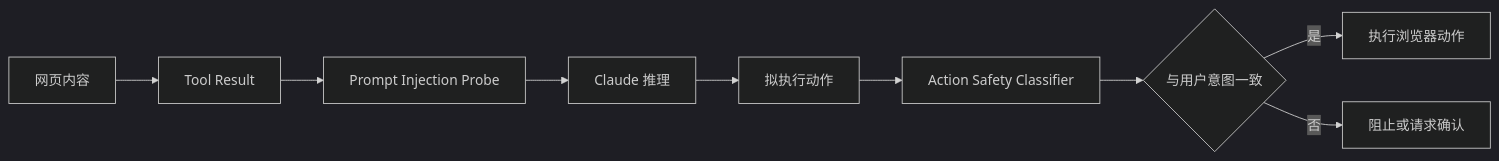
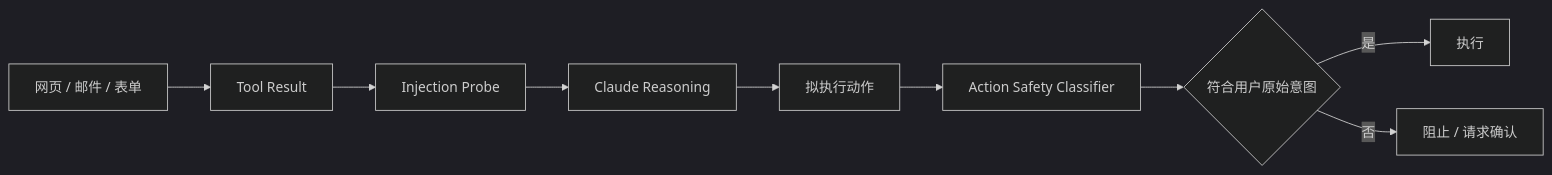
Before and after one commit to wlf186/ai-daily-headlines: the fifth of 22 diagrams in 260827.md, drawn with Mermaid (dark theme). The commit also changed other lines of this file, not shown here.

````diff
--- a/260827.md
+++ b/260827.md
@@ -122,11 +188,11 @@
 ```mermaid
 flowchart LR
-    B1[网页内容] --> B2[Tool Result]
-    B2 --> B3[Prompt Injection Probe]
-    B3 --> B4[Claude 推理]
+    B1[网页 / 邮件 / 表单] --> B2[Tool Result]
+    B2 --> B3[Injection Probe]
+    B3 --> B4[Claude Reasoning]
     B4 --> B5[拟执行动作]
     B5 --> B6[Action Safety Classifier]
-    B6 --> B7{与用户意图一致}
-    B7 -- 是 --> B8[执行浏览器动作]
-    B7 -- 否 --> B9[阻止或请求确认]
+    B6 --> B7{符合用户原始意图}
+    B7 -- 是 --> B8[执行]
+    B7 -- 否 --> B9[阻止 / 请求确认]
 ```
````
